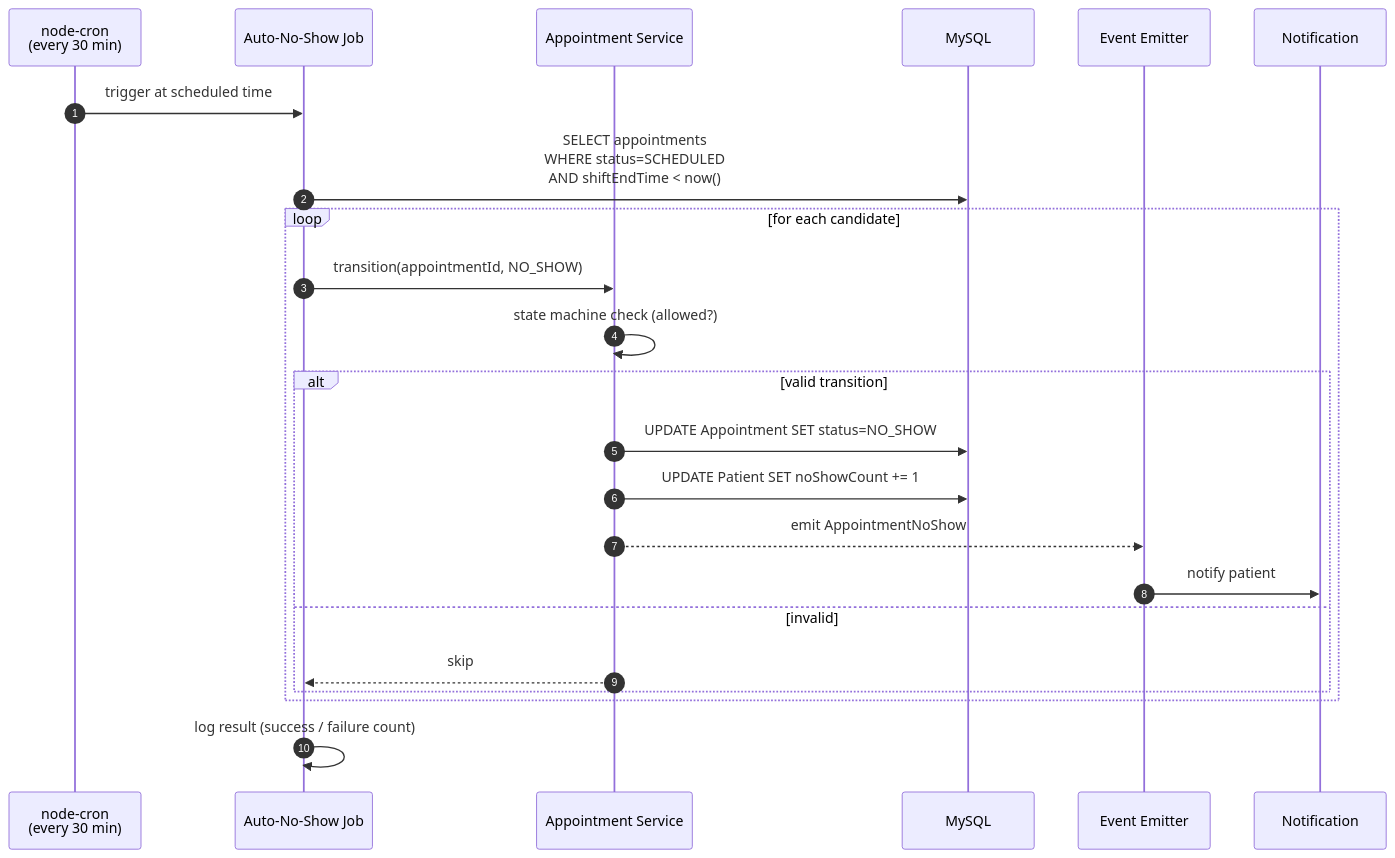
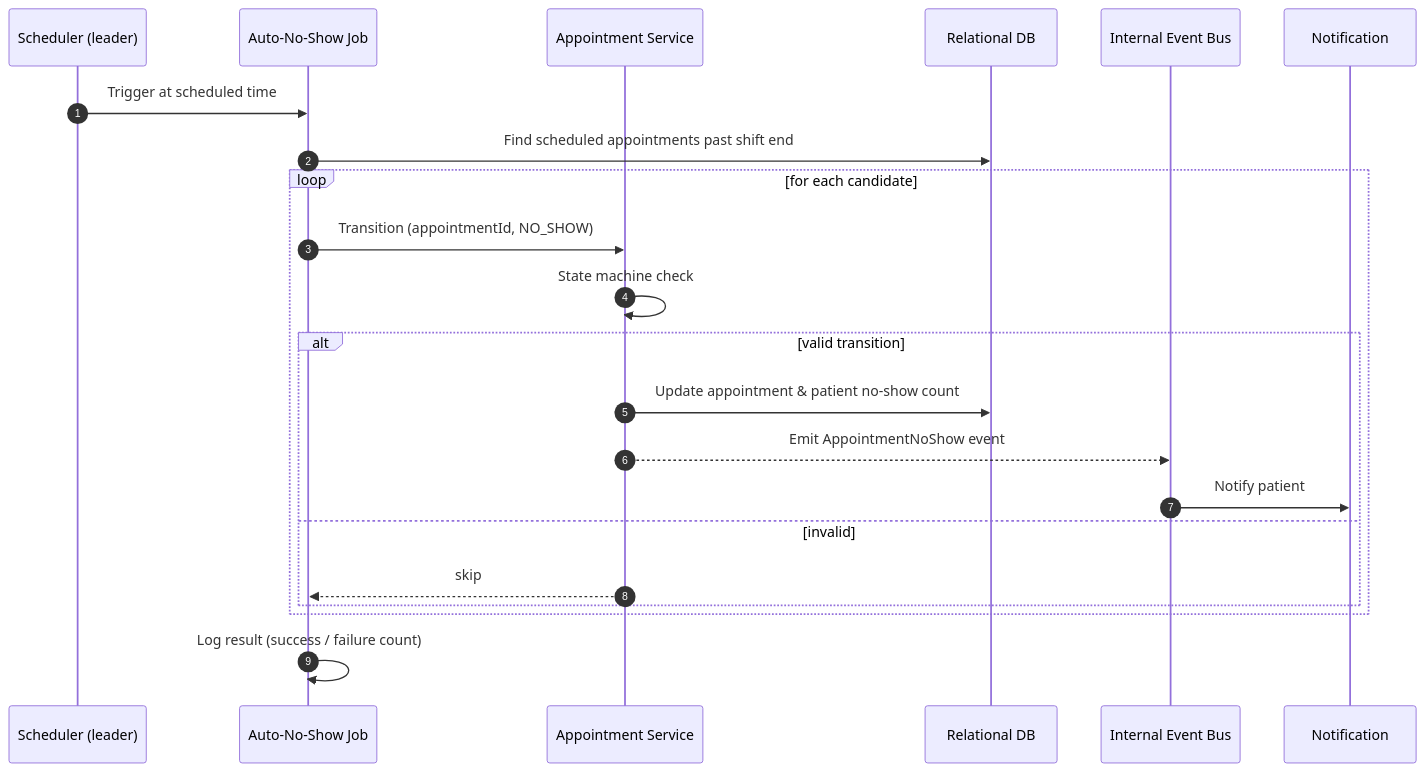
The eighth of 11 diagrams in Docs/ADD.md (MinhThienNguyen040905/SE356---He-thong-phong-kham), drawn with Mermaid before and after one commit. The commit also changed other lines of this file, not shown here.

````diff
--- a/Docs/ADD.md
+++ b/Docs/ADD.md
@@ -749,26 +758,25 @@
 ```mermaid
 sequenceDiagram
     autonumber
-    participant CRON as node-cron<br/>(every 30 min)
+    participant CRON as Scheduler (leader)
     participant JOB as Auto-No-Show Job
     participant SVC as Appointment Service
-    participant DB as MySQL
-    participant EVT as Event Emitter
+    participant DB as Relational DB
+    participant EVT as Internal Event Bus
     participant NOT as Notification
 
-    CRON->>JOB: trigger at scheduled time
-    JOB->>DB: SELECT appointments<br/>WHERE status=SCHEDULED<br/>AND shiftEndTime < now()
+    CRON->>JOB: Trigger at scheduled time
+    JOB->>DB: Find scheduled appointments past shift end
     loop for each candidate
-        JOB->>SVC: transition(appointmentId, NO_SHOW)
-        SVC->>SVC: state machine check (allowed?)
+        JOB->>SVC: Transition (appointmentId, NO_SHOW)
+        SVC->>SVC: State machine check
         alt valid transition
-            SVC->>DB: UPDATE Appointment SET status=NO_SHOW
-            SVC->>DB: UPDATE Patient SET noShowCount += 1
-            SVC-->>EVT: emit AppointmentNoShow
-            EVT->>NOT: notify patient
+            SVC->>DB: Update appointment & patient no-show count
+            SVC-->>EVT: Emit AppointmentNoShow event
+            EVT->>NOT: Notify patient
         else invalid
             SVC-->>JOB: skip
         end
     end
-    JOB->>JOB: log result (success / failure count)
+    JOB->>JOB: Log result (success / failure count)
 ```
````
